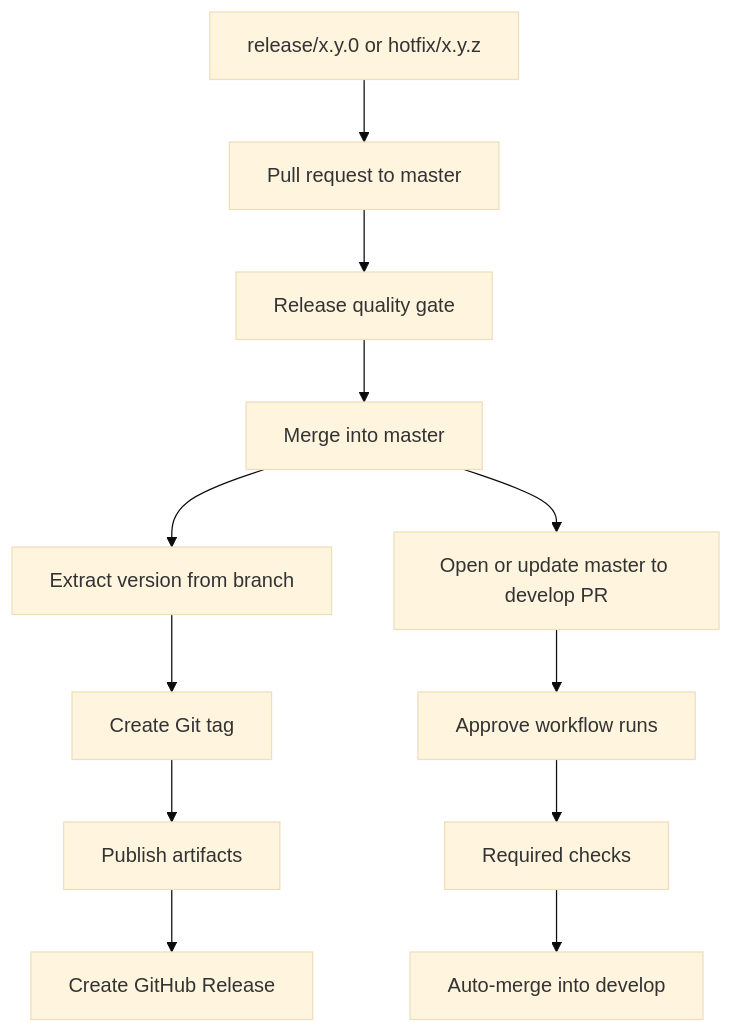
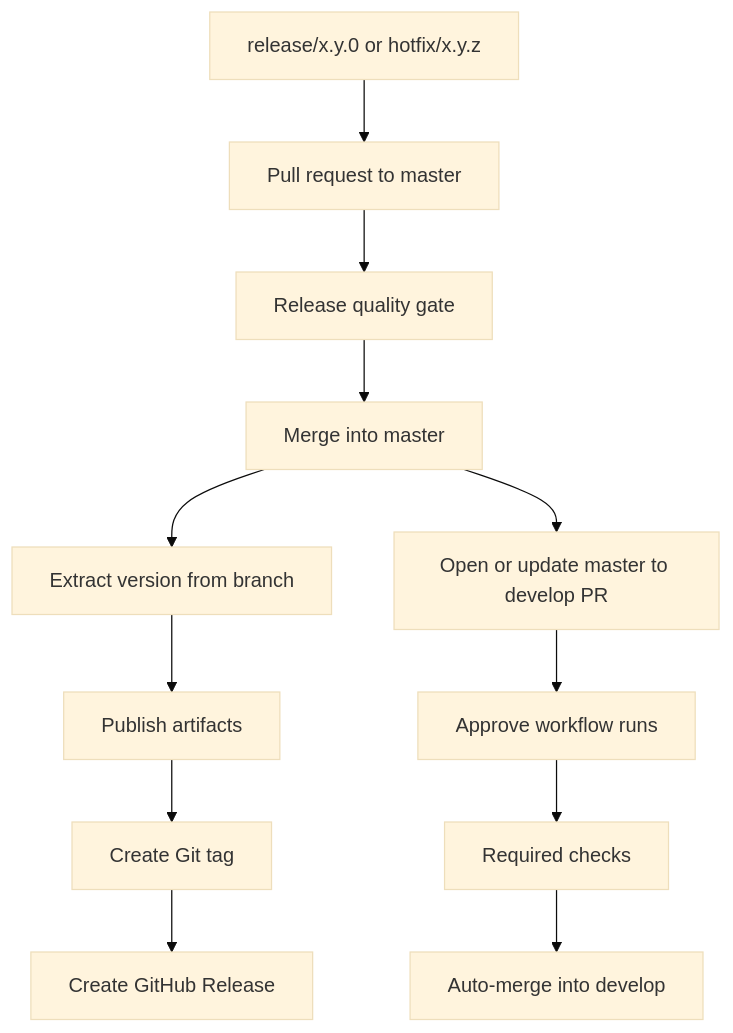
The diagram in docs/ecosystem/gitflow.md (matheus-corregiari/arch-toolkit), drawn with Mermaid (base theme) before and after one commit. The commit also changed other lines of this file and 3 other files, not shown here.

Commit message:
docs(ci): document release recovery flow

````diff
--- a/docs/ecosystem/gitflow.md
+++ b/docs/ecosystem/gitflow.md
@@ -140,14 +144,14 @@
 ```mermaid
 flowchart TD
     A["release/x.y.0 or hotfix/x.y.z"] --> B["Pull request to master"]
     B --> C["Release quality gate"]
     C --> D["Merge into master"]
     D --> E["Extract version from branch"]
-    E --> F["Create Git tag"]
-    F --> G["Publish artifacts"]
+    E --> F["Publish artifacts"]
+    F --> G["Create Git tag"]
     G --> H["Create GitHub Release"]
     D --> I["Open or update master to develop PR"]
     I --> J["Approve workflow runs"]
     J --> K["Required checks"]
     K --> L["Auto-merge into develop"]
 ```
````
